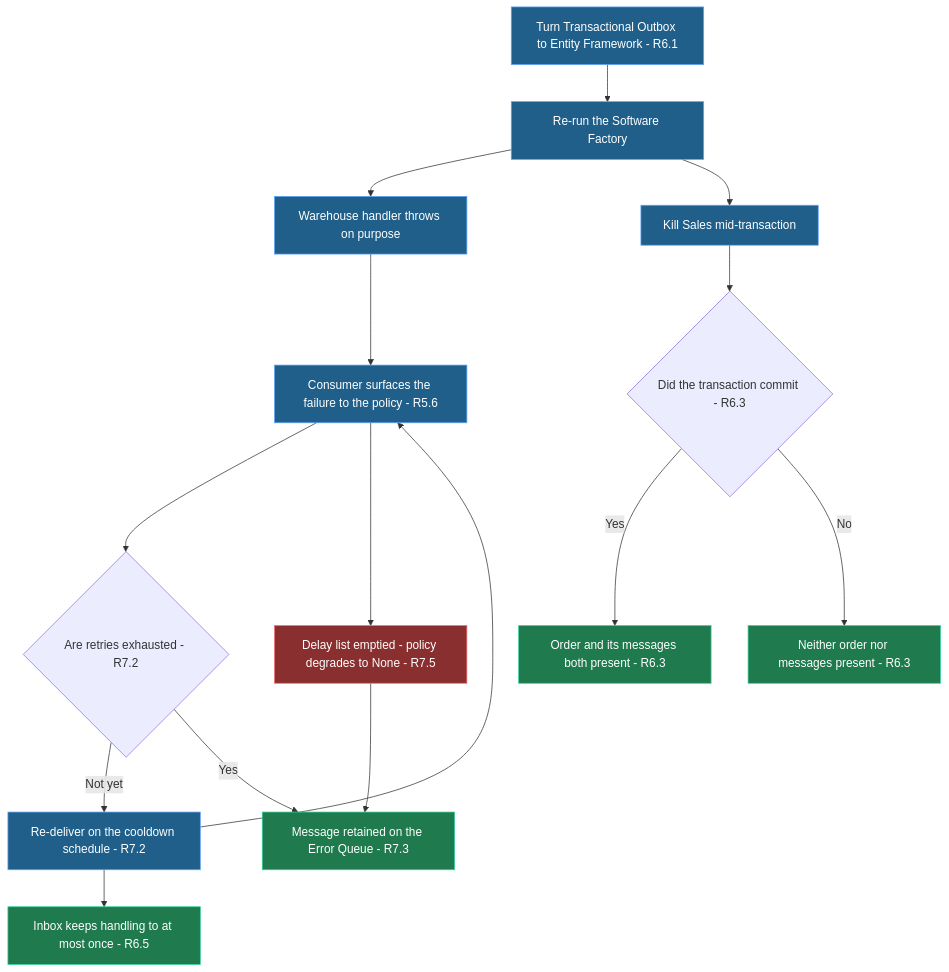
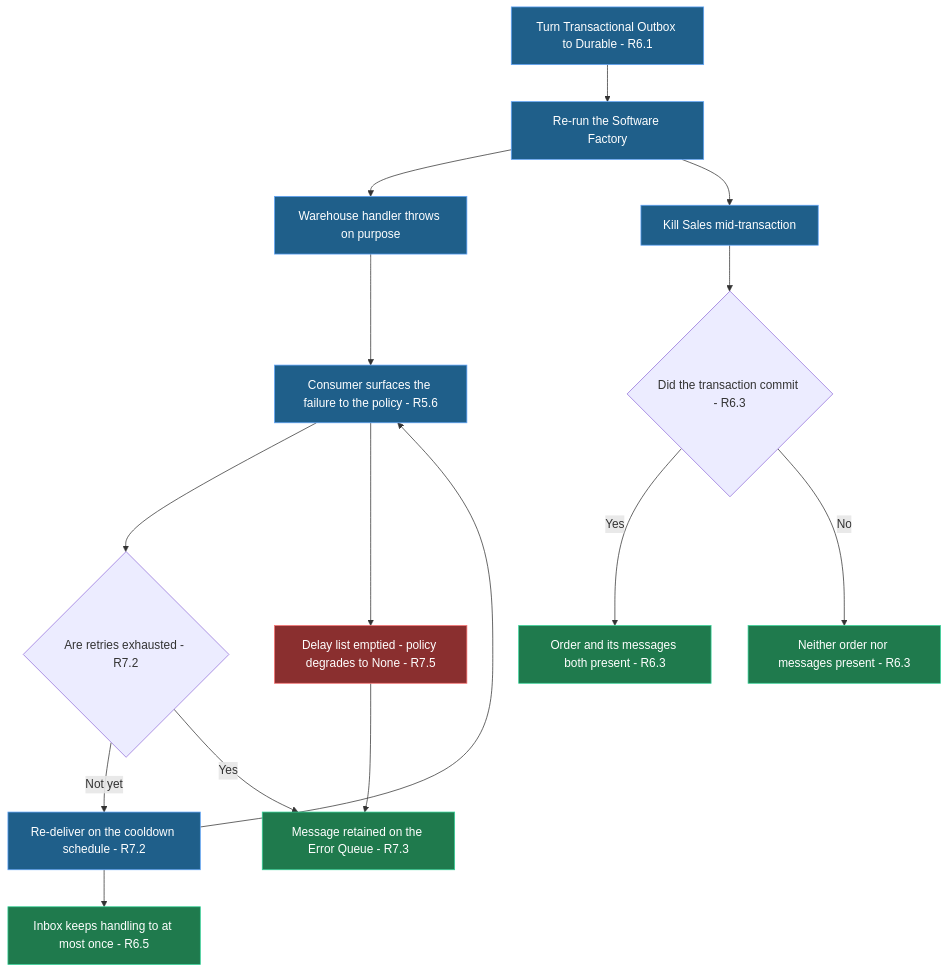
One commit to IntentArchitect/Intent.Modules.NET changed the fifth of 6 diagrams in intent/.specs/wolverine-eventing-module/requirements.mdx. Above: the diagram before and after it, drawn with Mermaid. The commit also changed other lines of this file and 4 other files, not shown here.

Commit message:
Refine Wolverine Eventing spec: count existing-module changes, rename Outbox option to Durable, add OpenTelemetry note, and update timestamps/approvals metadata

````diff
--- a/intent/.specs/wolverine-eventing-module/requirements.mdx
+++ b/intent/.specs/wolverine-eventing-module/requirements.mdx
@@ -132,20 +132,20 @@
 ```mermaid
 flowchart TD
   classDef action fill:#1f5f8a,stroke:#60a5fa,color:#ffffff
   classDef win fill:#1f7a4d,stroke:#34d399,color:#ffffff
   classDef bad fill:#8a2f2f,stroke:#f87171,color:#ffffff
-  A[Turn Transactional Outbox to Entity Framework - R6.1]:::action --> B[Re-run the Software Factory]:::action
+  A[Turn Transactional Outbox to Durable - R6.1]:::action --> B[Re-run the Software Factory]:::action
   B --> C[Warehouse handler throws on purpose]:::action
   C --> D[Consumer surfaces the failure to the policy - R5.6]:::action
   D --> E{Are retries exhausted - R7.2}
   E -->|Not yet| F[Re-deliver on the cooldown schedule - R7.2]:::action
   F --> D
   E -->|Yes| G[Message retained on the Error Queue - R7.3]:::win
   B --> H[Kill Sales mid-transaction]:::action
   H --> I{Did the transaction commit - R6.3}
   I -->|Yes| J[Order and its messages both present - R6.3]:::win
   I -->|No| K[Neither order nor messages present - R6.3]:::win
   F --> L[Inbox keeps handling to at most once - R6.5]:::win
   D --> M[Delay list emptied - policy degrades to None - R7.5]:::bad
   M --> G
 ```
````
